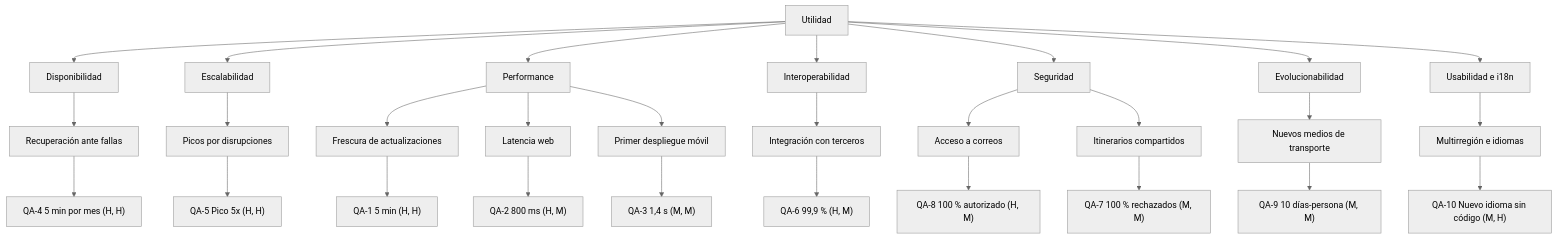
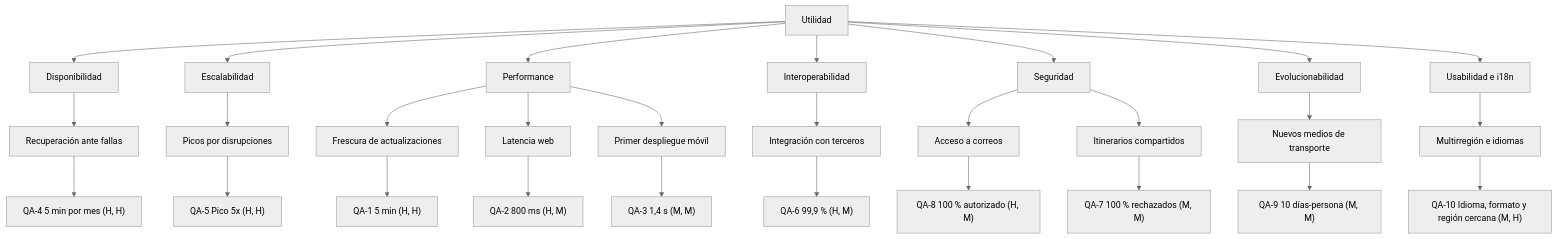
Before and after one commit to TadeoBrun1/TPE_software: the diagram in trotamundos/docs/00-requirements/utility-tree.md, drawn with Mermaid (neutral theme). The commit also changed other lines of this file and 24 other files, not shown here.

````diff
--- a/trotamundos/docs/00-requirements/utility-tree.md
+++ b/trotamundos/docs/00-requirements/utility-tree.md
@@ -25,31 +25,31 @@
 ```mermaid
 flowchart TD
     U["Utilidad"] --> D["Disponibilidad"]
     U --> S["Escalabilidad"]
     U --> P["Performance"]
     U --> I["Interoperabilidad"]
     U --> G["Seguridad"]
     U --> E["Evolucionabilidad"]
     U --> X["Usabilidad e i18n"]
 
     D --> D1["Recuperación ante fallas"]
     D1 --> QA4["QA-4 5 min por mes (H, H)"]
     S --> S1["Picos por disrupciones"]
     S1 --> QA5["QA-5 Pico 5x (H, H)"]
     P --> P1["Frescura de actualizaciones"]
     P1 --> QA1["QA-1 5 min (H, H)"]
     P --> P2["Latencia web"]
     P2 --> QA2["QA-2 800 ms (H, M)"]
     P --> P3["Primer despliegue móvil"]
     P3 --> QA3["QA-3 1,4 s (M, M)"]
     I --> I1["Integración con terceros"]
     I1 --> QA6["QA-6 99,9 % (H, M)"]
     G --> G1["Acceso a correos"]
     G1 --> QA8["QA-8 100 % autorizado (H, M)"]
     G --> G2["Itinerarios compartidos"]
     G2 --> QA7["QA-7 100 % rechazados (M, M)"]
     E --> E1["Nuevos medios de transporte"]
     E1 --> QA9["QA-9 10 días-persona (M, M)"]
     X --> X1["Multirregión e idiomas"]
-    X1 --> QA10["QA-10 Nuevo idioma sin código (M, H)"]
+    X1 --> QA10["QA-10 Idioma, formato y región cercana (M, H)"]
 ```
````
